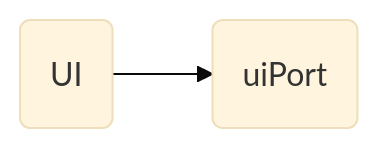
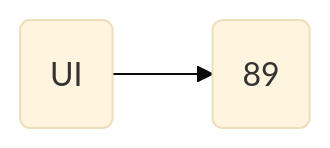
The first of 2 diagrams in frontend/README.md (chump29/sober), drawn with Mermaid (base theme) before and after one commit. The commit also changed other lines of this file and 133 other files, not shown here.

````diff
--- a/frontend/README.md
+++ b/frontend/README.md
@@ -20,6 +20,6 @@
 ```mermaid
 flowchart LR
 ui@{shape: rounded, label: "UI"}
-uiPort@{shape: rounded, label: ""}
-ui-->uiPort
+port@{shape: rounded, label: "89"}
+ui-->port
 ```
````
